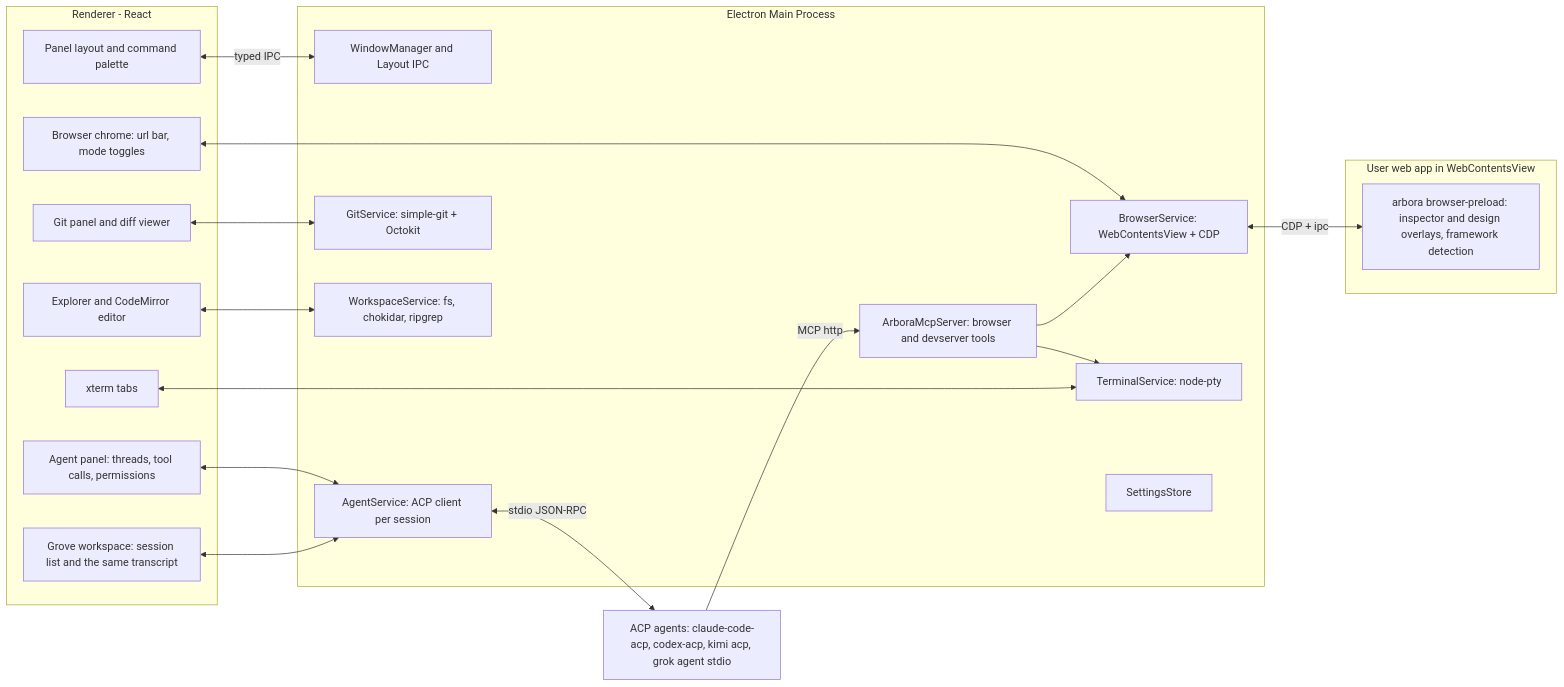
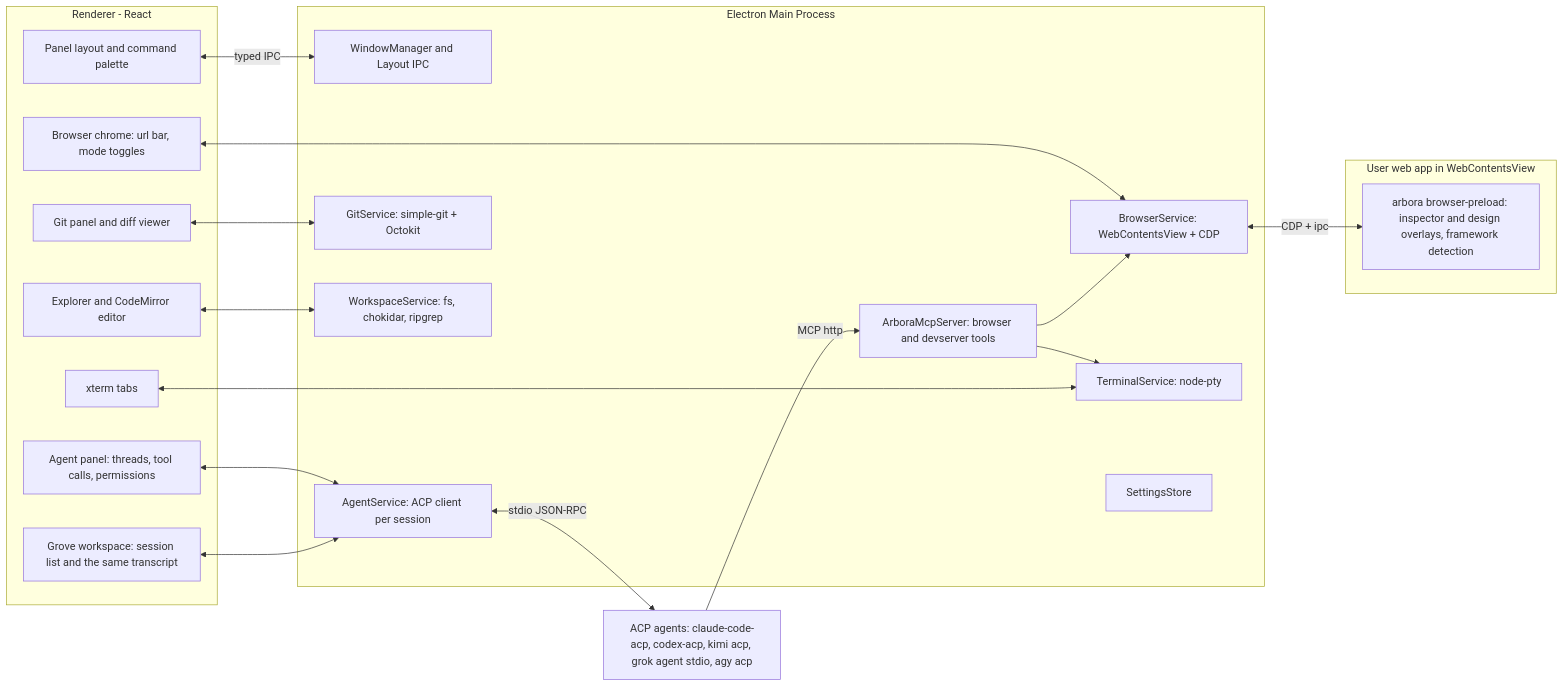
Before and after one commit to maplepreneur/arbora: the diagram in docs/PLAN.md, drawn with Mermaid. The commit also changed other lines of this file and 29 other files, not shown here.

````diff
--- a/docs/PLAN.md
+++ b/docs/PLAN.md
@@ -97,38 +98,38 @@
 ```mermaid
 flowchart LR
   subgraph main [Electron Main Process]
     AppShell[WindowManager and Layout IPC]
     BrowserSvc[BrowserService: WebContentsView + CDP]
     AgentSvc[AgentService: ACP client per session]
     McpSrv[ArboraMcpServer: browser and devserver tools]
     PtySvc[TerminalService: node-pty]
     GitSvc[GitService: simple-git + Octokit]
     FsSvc[WorkspaceService: fs, chokidar, ripgrep]
     Settings[SettingsStore]
   end
   subgraph renderer [Renderer - React]
     Layout[Panel layout and command palette]
     BrowserUI[Browser chrome: url bar, mode toggles]
     AgentUI[Agent panel: threads, tool calls, permissions]
     GroveUI[Grove workspace: session list and the same transcript]
     TermUI[xterm tabs]
     GitUI[Git panel and diff viewer]
     FilesUI[Explorer and CodeMirror editor]
   end
   subgraph page [User web app in WebContentsView]
     Preload[arbora browser-preload: inspector and design overlays, framework detection]
   end
-  Agents[ACP agents: claude-code-acp, codex-acp, kimi acp, grok agent stdio]
+  Agents[ACP agents: claude-code-acp, codex-acp, kimi acp, grok agent stdio, agy acp]
   Layout <-->|typed IPC| AppShell
   BrowserUI <--> BrowserSvc
   BrowserSvc <-->|CDP + ipc| Preload
   AgentUI <--> AgentSvc
   GroveUI <--> AgentSvc
   AgentSvc <-->|stdio JSON-RPC| Agents
   Agents -->|MCP http| McpSrv
   McpSrv --> BrowserSvc
   McpSrv --> PtySvc
   TermUI <--> PtySvc
   GitUI <--> GitSvc
   FilesUI <--> FsSvc
 ```
````
